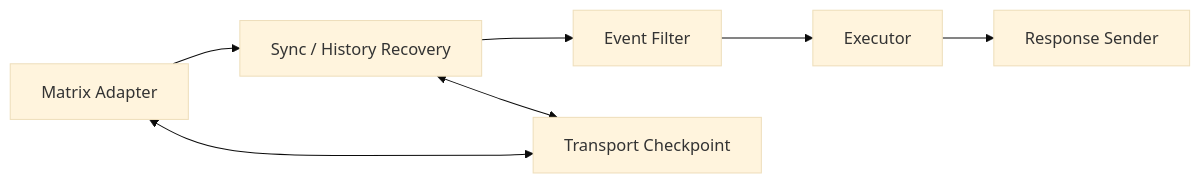
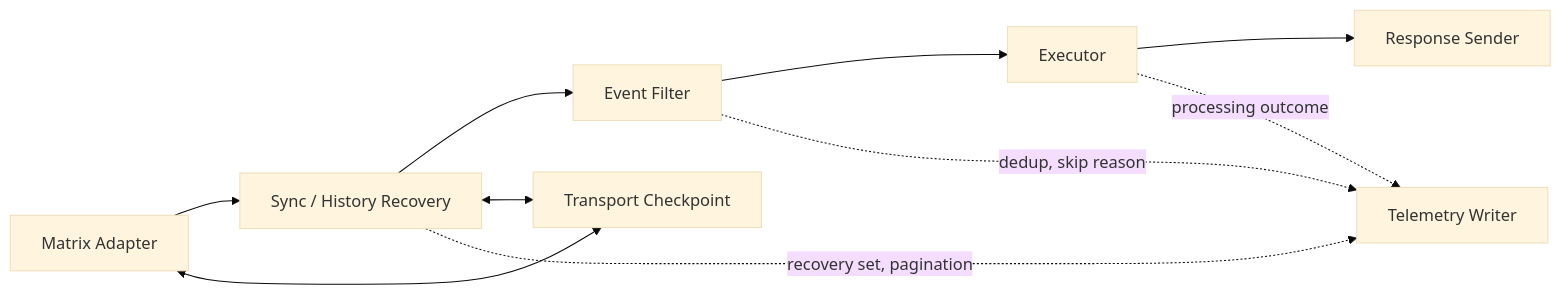
Before and after one commit to torselllo88/federated-agent-messaging: the second of 2 diagrams in docs/testbed-architecture.md, drawn with Mermaid (base theme). The commit also changed other lines of this file and 7 other files, not shown here.

````diff
--- a/docs/testbed-architecture.md
+++ b/docs/testbed-architecture.md
@@ -417,18 +445,23 @@
 ```mermaid
 flowchart LR
 
     MATRIX["Matrix Adapter"]
     RECOVERY["Sync / History Recovery"]
     FILTER["Event Filter"]
     EXEC["Executor"]
     SEND["Response Sender"]
     STATE["Transport Checkpoint"]
+    TELEM["Telemetry Writer"]
 
     MATRIX --> RECOVERY
     RECOVERY --> FILTER
     FILTER --> EXEC
     EXEC --> SEND
 
     MATRIX <--> STATE
     RECOVERY <--> STATE
+
+    RECOVERY -.-> |"recovery set, pagination"| TELEM
+    FILTER -.-> |"dedup, skip reason"| TELEM
+    EXEC -.-> |"processing outcome"| TELEM
 ```
````
